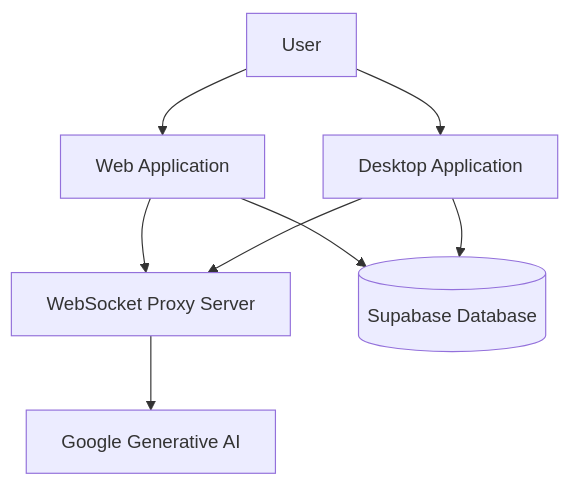
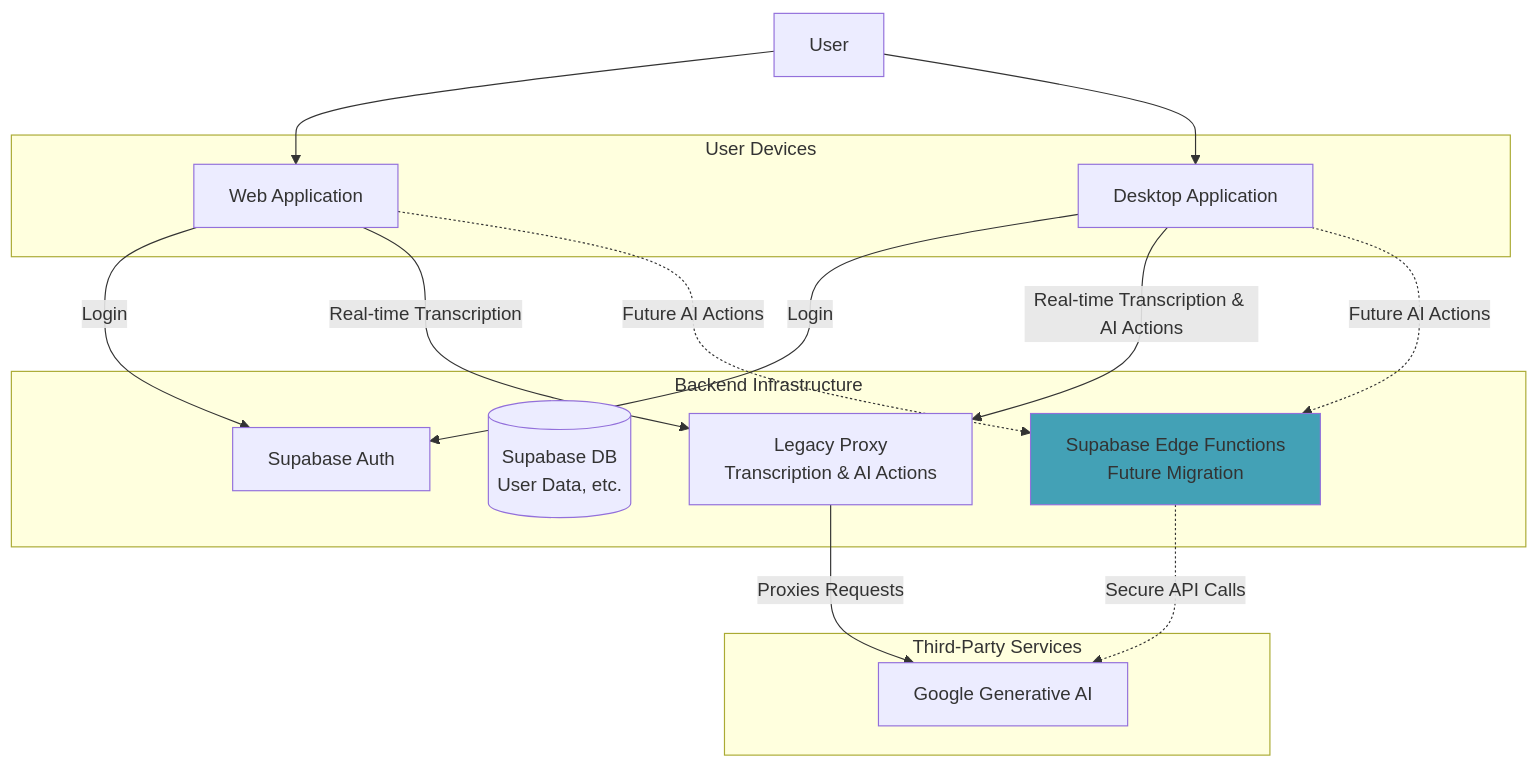
The diagram in docs/architecture/overview.md (Intevia-AI/Knovy), drawn with Mermaid before and after one commit. The commit also changed other lines of this file and 19 other files, not shown here.

````diff
--- a/docs/architecture/overview.md
+++ b/docs/architecture/overview.md
@@ -18,10 +15,36 @@
 ```mermaid
 graph TD
-    User[User] --> WebApp[Web Application]
-    User --> DesktopApp[Desktop Application]
-    WebApp --> ProxyServer[WebSocket Proxy Server]
-    DesktopApp --> ProxyServer
-    ProxyServer --> GoogleAI[Google Generative AI]
-    WebApp --> Database[(Supabase Database)]
-    DesktopApp --> Database
+    subgraph User Devices
+        WebApp[Web Application]
+        DesktopApp[Desktop Application]
+    end
+
+    subgraph "Backend Infrastructure"
+        Auth[Supabase Auth]
+        DB[(Supabase DB <br/> User Data, etc.)]
+        EdgeFunctions[Supabase Edge Functions <br/> Future Migration]
+        Proxy[Legacy Proxy <br/> Transcription & AI Actions]
+    end
+
+    subgraph "Third-Party Services"
+        GoogleAI[Google Generative AI]
+    end
+
+    User[User] --> WebApp
+    User --> DesktopApp
+
+    WebApp -- "Login" --> Auth
+    DesktopApp -- "Login" --> Auth
+
+    WebApp -- "Real-time Transcription" --> Proxy
+    DesktopApp -- "Real-time Transcription & AI Actions" --> Proxy
+
+    Proxy -- "Proxies Requests" --> GoogleAI
+
+    DesktopApp -.->|Future AI Actions| EdgeFunctions
+    WebApp -.->|Future AI Actions| EdgeFunctions
+    EdgeFunctions -.->|Secure API Calls| GoogleAI
+
+    classDef future fill:#43a1b6
+    class EdgeFunctions future
 ```
````
